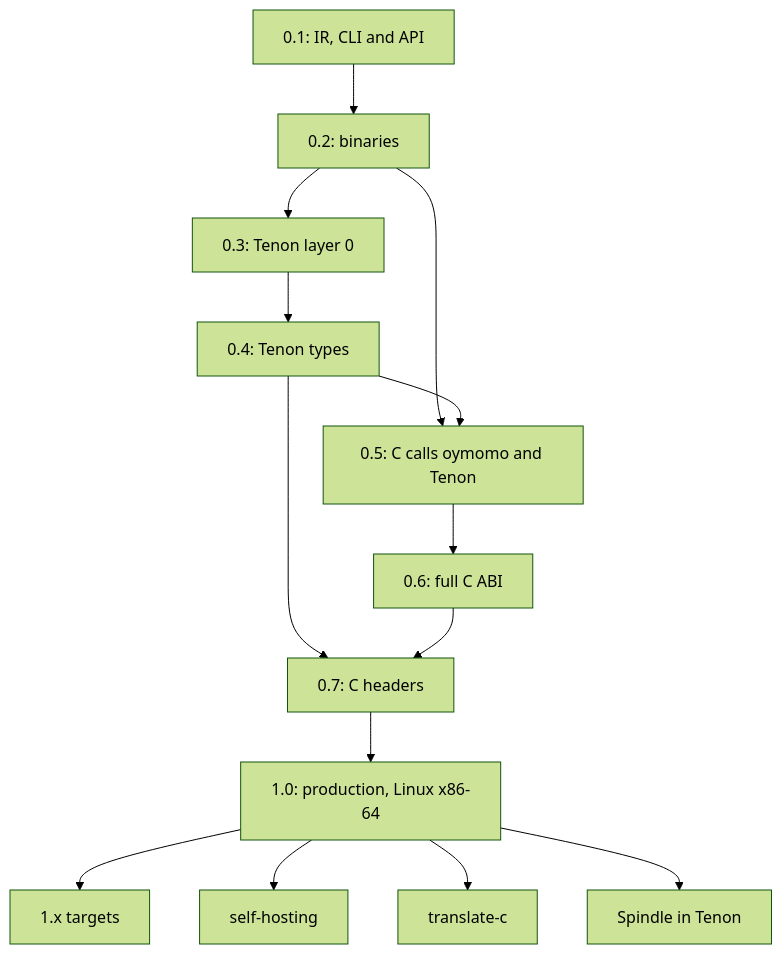
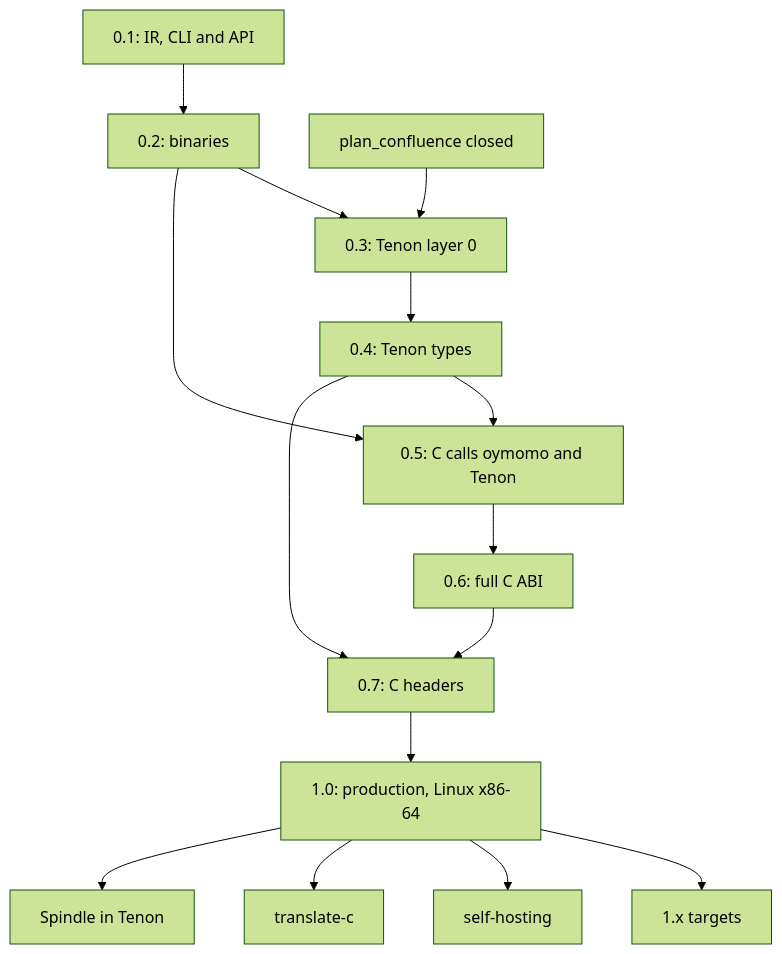
Before and after one commit to tapl-org/tapl: the second of 2 diagrams in oymo/docs/roadmap.md, drawn with Mermaid (forest theme). The commit also changed other lines of this file and 2 other files, not shown here.

Commit message:
docs: sequence Tenon development after confluence closure in roadmap and plans

````diff
--- a/oymo/docs/roadmap.md
+++ b/oymo/docs/roadmap.md
@@ -415,16 +419,17 @@
 ```mermaid
 flowchart TD
   v01["0.1: IR, CLI and API"] --> v02["0.2: binaries"]
   v02 --> v03["0.3: Tenon layer 0"]
+  conf["plan_confluence closed"] --> v03
   v03 --> v04["0.4: Tenon types"]
   v02 --> v05["0.5: C calls oymomo and Tenon"]
   v04 --> v05
   v05 --> v06["0.6: full C ABI"]
   v04 --> v07["0.7: C headers"]
   v06 --> v07
   v07 --> v10["1.0: production, Linux x86-64"]
   v10 --> X["1.x targets"]
   v10 --> S["self-hosting"]
   v10 --> T["translate-c"]
   v10 --> V["Spindle in Tenon"]
 ```
````
